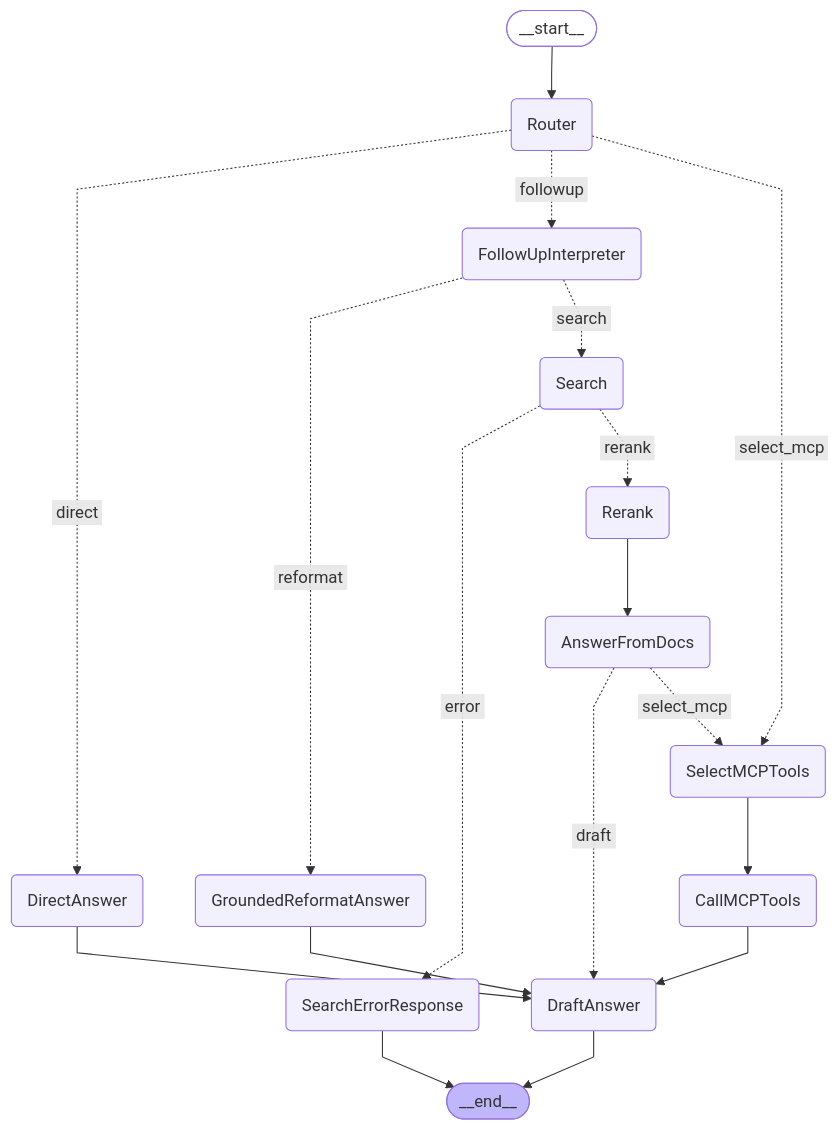
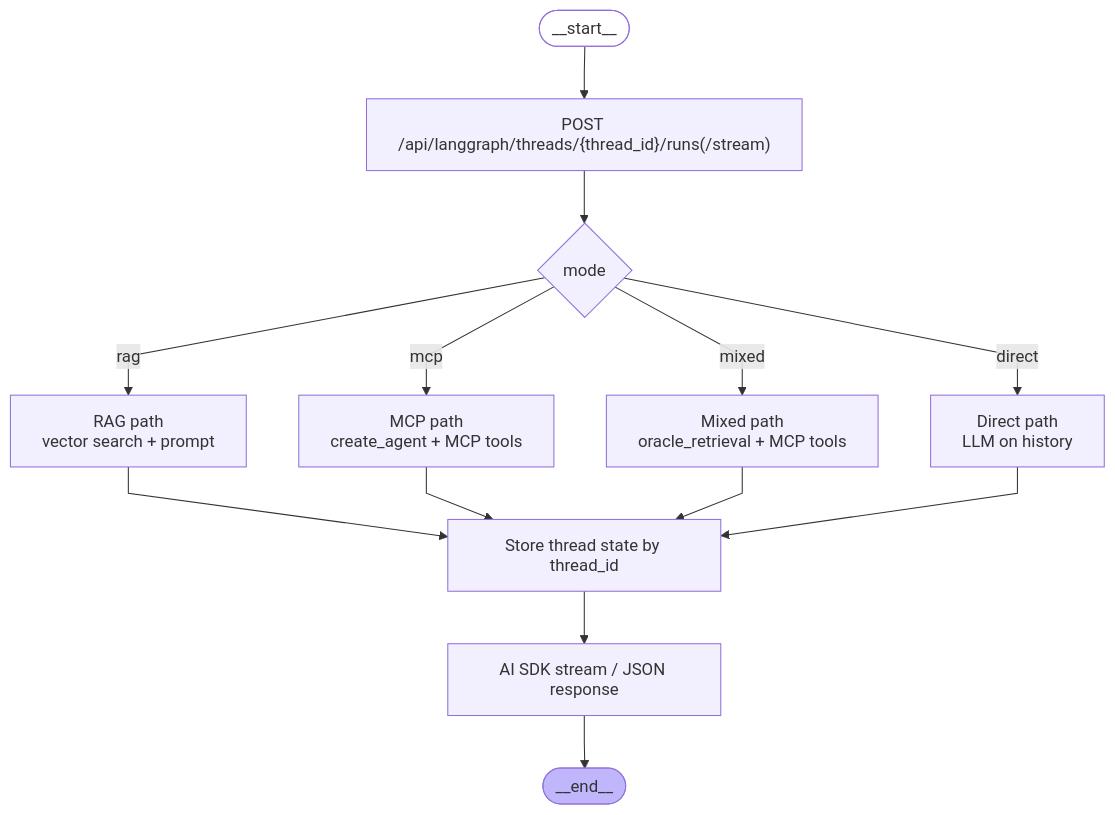
The first of 2 diagrams in docs/README.md (varunyn/Oracle-26ai-LangChain-RAG), drawn with Mermaid before and after one commit. The commit also changed other lines of this file and 223 other files, not shown here.

First line of the commit message:
refactor!: unify runtime architecture across backend, frontend, and tests

````diff
--- a/docs/README.md
+++ b/docs/README.md
@@ -31,41 +35,33 @@
 ```mermaid
 ---
 config:
   flowchart:
     curve: linear
 ---
 graph TD;
     __start__([<p>__start__</p>]):::first
-    Router(Router)
-    Search(Search)
-    SearchErrorResponse(SearchErrorResponse)
-    Rerank(Rerank)
-    AnswerFromDocs(AnswerFromDocs)
-    DraftAnswer(DraftAnswer)
-    FollowUpInterpreter(FollowUpInterpreter)
-    GroundedReformatAnswer(GroundedReformatAnswer)
-    SelectMCPTools(SelectMCPTools)
-    CallMCPTools(CallMCPTools)
-    DirectAnswer(DirectAnswer)
+    ChatRequest["POST /api/langgraph/threads/{thread_id}/runs(/stream)"]
+    Mode{"mode"}
+    RAG["RAG path<br/>vector search + prompt"]
+    MCP["MCP path<br/>create_agent + MCP tools"]
+    Mixed["Mixed path<br/>oracle_retrieval + MCP tools"]
+    Direct["Direct path<br/>LLM on history"]
+    Persist["Store thread state by thread_id"]
+    Stream["AI SDK stream / JSON response"]
     __end__([<p>__end__</p>]):::last
-    AnswerFromDocs -. &nbsp;draft&nbsp; .-> DraftAnswer;
-    AnswerFromDocs -. &nbsp;select_mcp&nbsp; .-> SelectMCPTools;
-    CallMCPTools --> DraftAnswer;
-    DirectAnswer --> DraftAnswer;
-    FollowUpInterpreter -. &nbsp;reformat&nbsp; .-> GroundedReformatAnswer;
-    FollowUpInterpreter -. &nbsp;search&nbsp; .-> Search;
-    GroundedReformatAnswer --> DraftAnswer;
-    Rerank --> AnswerFromDocs;
-    Router -. &nbsp;direct&nbsp; .-> DirectAnswer;
-    Router -. &nbsp;followup&nbsp; .-> FollowUpInterpreter;
-    Router -. &nbsp;select_mcp&nbsp; .-> SelectMCPTools;
-    Search -. &nbsp;error&nbsp; .-> SearchErrorResponse;
-    Search -. &nbsp;rerank&nbsp; .-> Rerank;
-    SelectMCPTools --> CallMCPTools;
-    __start__ --> Router;
-    DraftAnswer --> __end__;
-    SearchErrorResponse --> __end__;
+    __start__ --> ChatRequest
+    ChatRequest --> Mode
+    Mode -->|rag| RAG
+    Mode -->|mcp| MCP
+    Mode -->|mixed| Mixed
+    Mode -->|direct| Direct
+    RAG --> Persist
+    MCP --> Persist
+    Mixed --> Persist
+    Direct --> Persist
+    Persist --> Stream
+    Stream --> __end__
     classDef default fill:#f2f0ff,line-height:1.2
     classDef first fill-opacity:0
     classDef last fill:#bfb6fc
 ```
````
